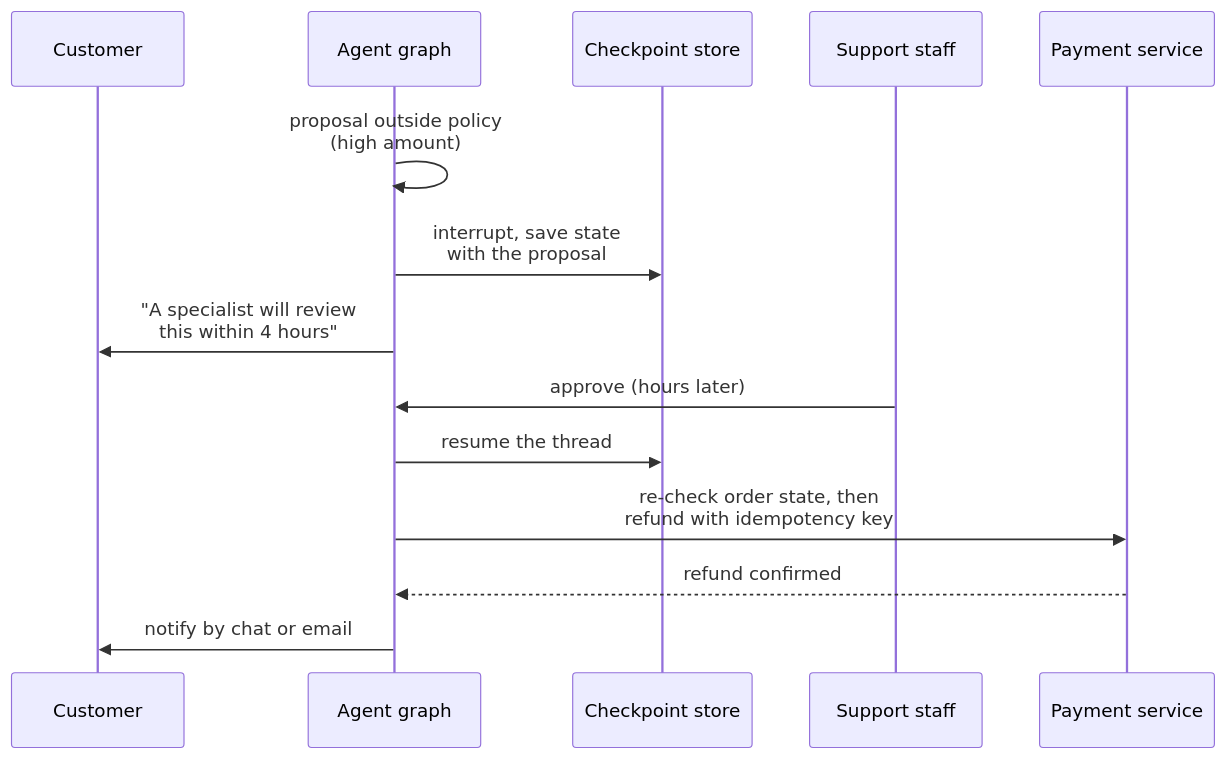
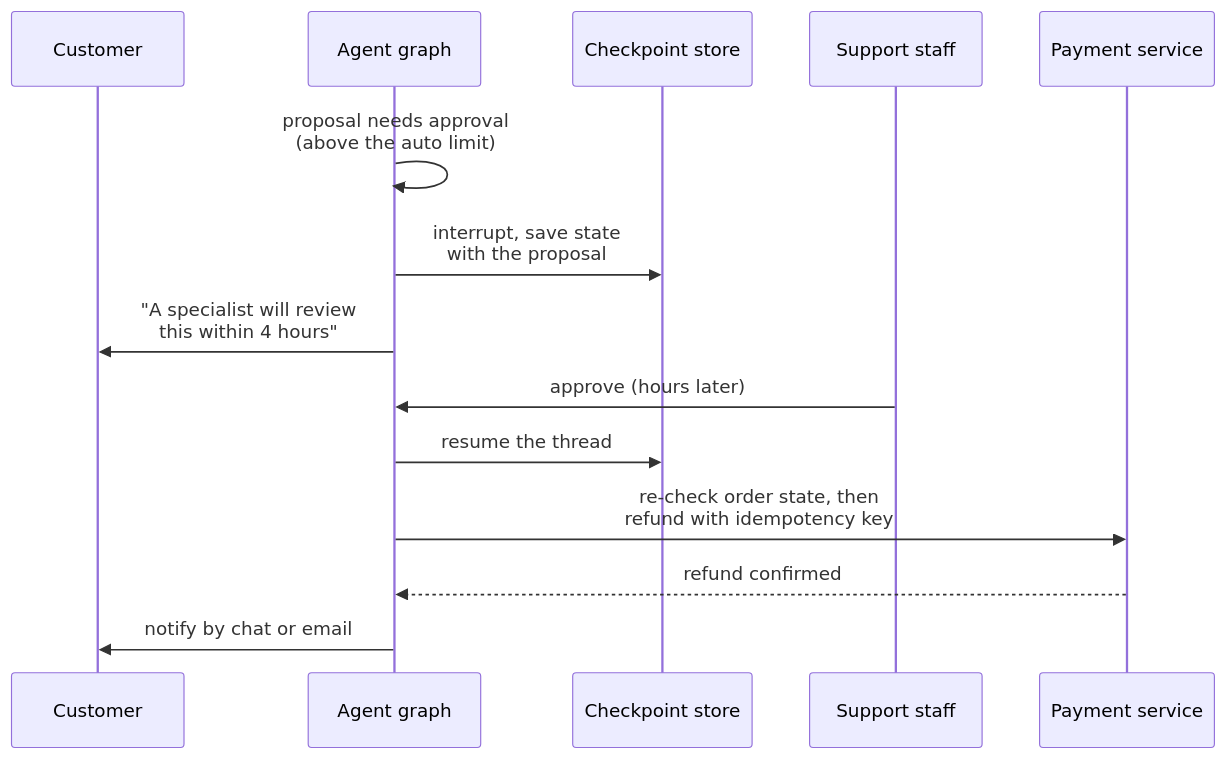
Before and after one commit to shubamchaudhary/CodeNITW: the third of 3 diagrams in src/Data/aiStackDocs/DP-02.md, drawn with Mermaid. The commit also changed other lines of this file and 19 other files, not shown here.

````diff
--- a/src/Data/aiStackDocs/DP-02.md
+++ b/src/Data/aiStackDocs/DP-02.md
@@ -77,16 +115,16 @@
 ```mermaid
 sequenceDiagram
     participant Cu as Customer
     participant Ag as Agent graph
     participant St as Checkpoint store
     participant Sf as Support staff
     participant Pay as Payment service
-    Ag->>Ag: proposal outside policy<br/>(high amount)
+    Ag->>Ag: proposal needs approval<br/>(above the auto limit)
     Ag->>St: interrupt, save state<br/>with the proposal
     Ag->>Cu: "A specialist will review<br/>this within 4 hours"
     Sf->>Ag: approve (hours later)
     Ag->>St: resume the thread
     Ag->>Pay: re-check order state, then<br/>refund with idempotency key
     Pay-->>Ag: refund confirmed
     Ag->>Cu: notify by chat or email
 ```
````
